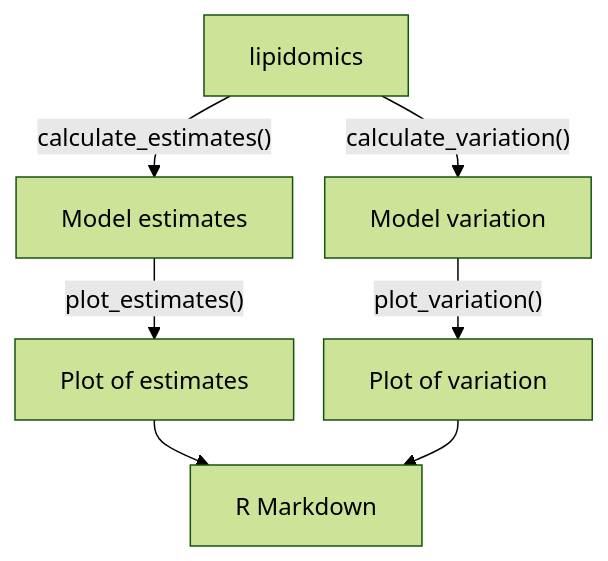
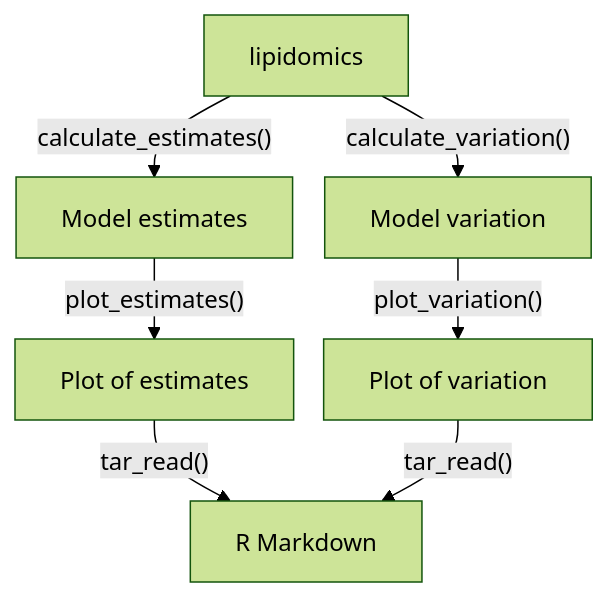
The third of 4 diagrams in sessions/statistical-analyses.qmd (rostools/r-cubed-advanced), drawn with Mermaid before and after one commit.

Commit message:
include tar_read in diagram

````diff
--- a/sessions/statistical-analyses.qmd
+++ b/sessions/statistical-analyses.qmd
@@ -236,15 +236,15 @@
 ```{mermaid fig-model-possible-targets}
 %%| label: fig-model-possible-targets
 %%| fig-cap: Potential inputs, outputs, and functions for the targets pipeline.
 %%| echo: false
 %%| eval: true
 %%{init:{'theme':'forest', 'flowchart':{'nodeSpacing': 20, 'rankSpacing': 30}}}%%
 graph TB
     lipidomics -- "calculate_estimates()" --> model_est[Model estimates]
     model_est -- "plot_estimates()" --> plot_est[Plot of estimates]
     lipidomics -- "calculate_variation()" --> model_var[Model variation]
     model_var -- "plot_variation()" --> plot_var[Plot of variation]
-    plot_est & plot_var --> rmd[R Markdown]
-
+    plot_est & plot_var -- "tar_read()" --> rmd[R Markdown]
+    
 linkStyle 0,1,2,3,4,5 stroke-width:1px;
 ```
````
